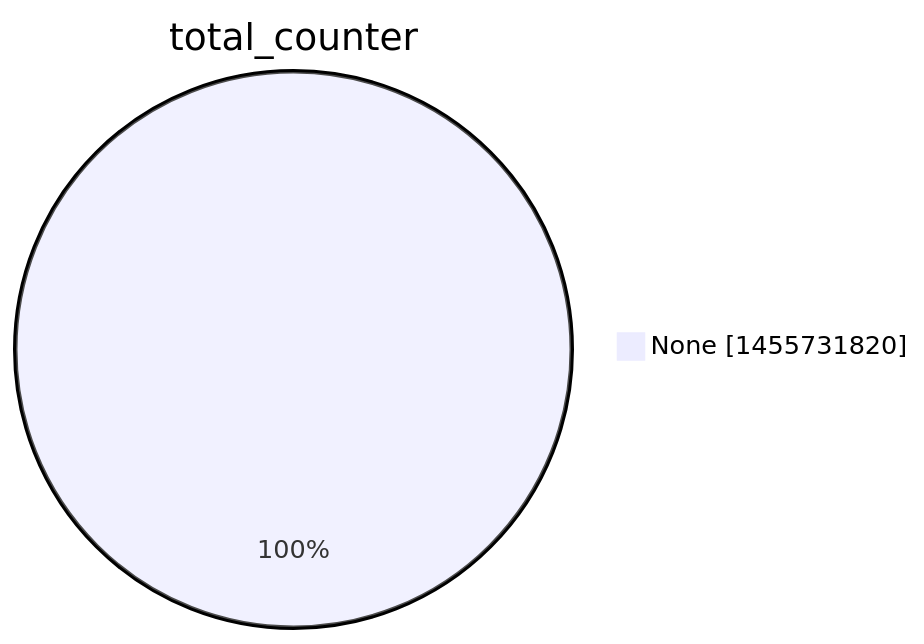
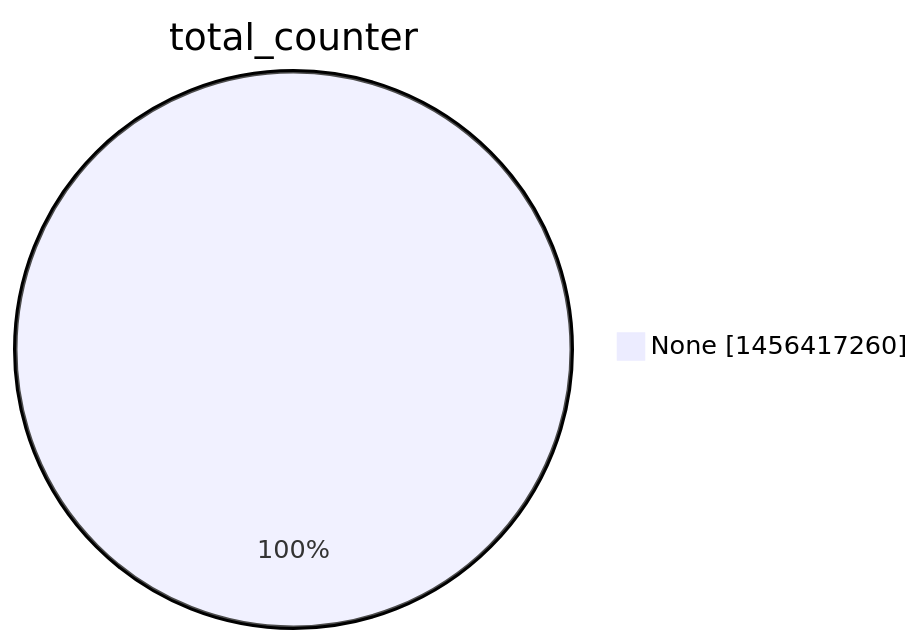
One commit to christiankrug/ctmonitor_visualization changed the second of 15 diagrams in argon2022/README.md. Above: the diagram before and after it, drawn with Mermaid. The commit also changed other lines of this file, not shown here.

````diff
--- a/argon2022/README.md
+++ b/argon2022/README.md
@@ -9,5 +9,5 @@
 ```mermaid
 pie showData
 title total_counter
-"None" :1455731820
+"None" :1456417260
 ```
````
